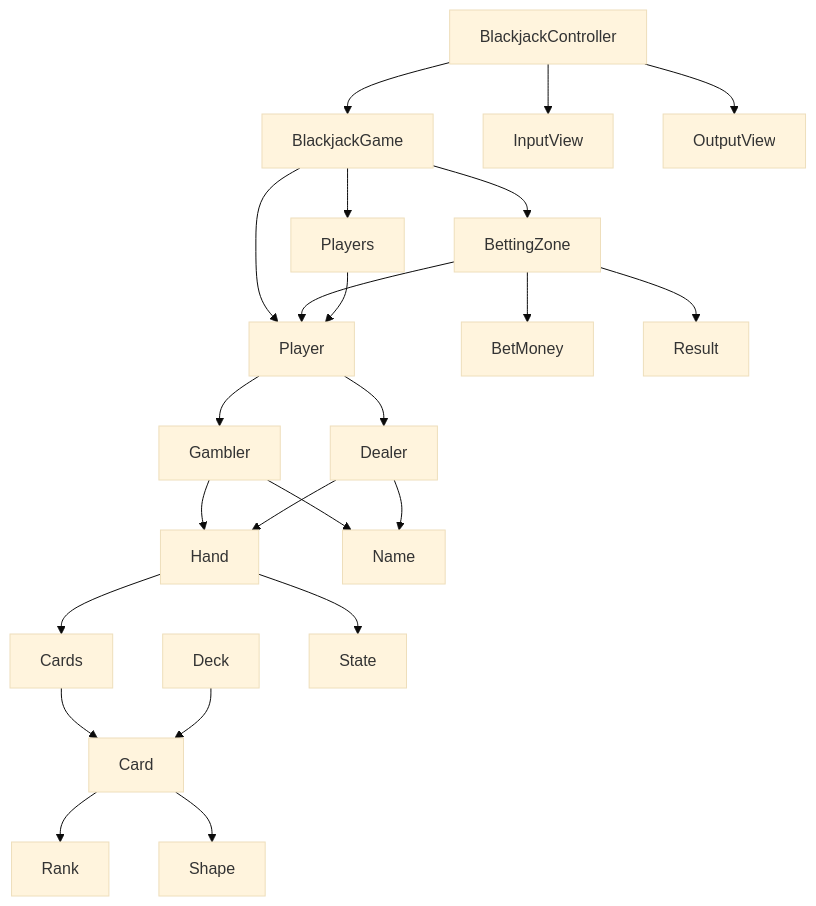
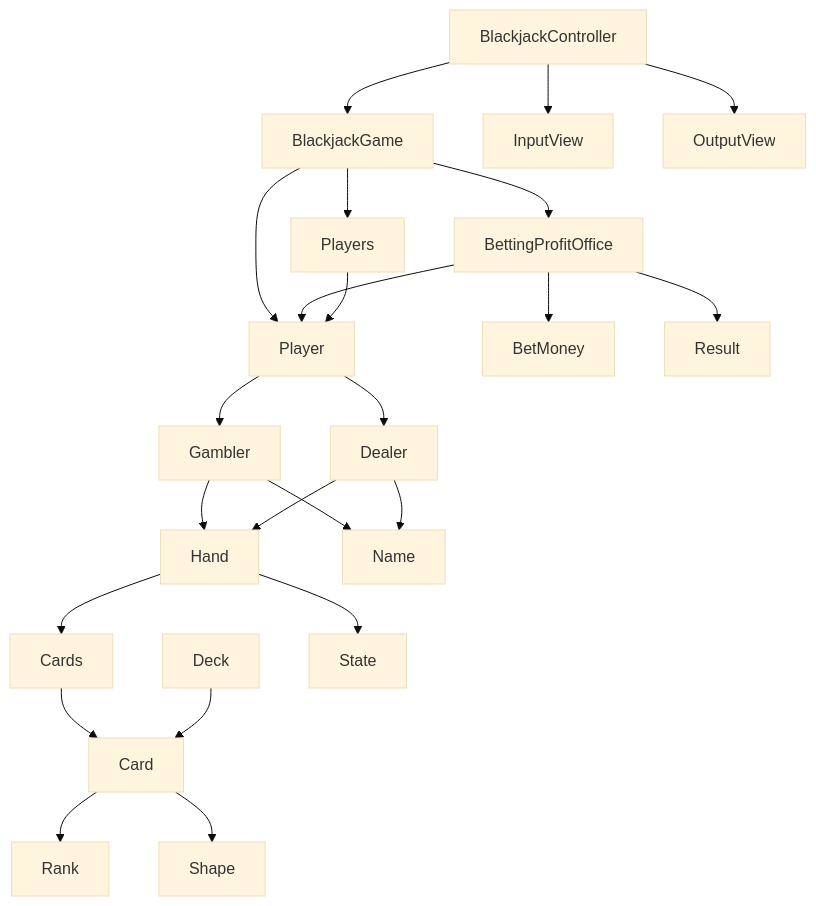
One commit to woowacourse/java-blackjack changed the diagram in README.md. Above: the diagram before and after it, drawn with Mermaid (base theme). The commit also changed 5 other files, not shown here.

Commit message:
refactor: BettingZone 클래스 이름을 BettingProfitOffice로 수정

````diff
--- a/README.md
+++ b/README.md
@@ -11,32 +11,32 @@
 ```mermaid
 flowchart
     Card --> Rank
     Card --> Shape
 
     Cards --> Card
 
     Deck --> Card
 
-    BlackjackGame --> BettingZone
+    BlackjackGame --> BettingProfitOffice
     BlackjackGame --> Player
 
-    BettingZone --> Player
-    BettingZone --> BetMoney
-    BettingZone --> Result
+    BettingProfitOffice --> Player
+    BettingProfitOffice --> BetMoney
+    BettingProfitOffice --> Result
 
     BlackjackController --> BlackjackGame
     BlackjackController --> InputView
     BlackjackController --> OutputView
 
     Players --> Player
     Player --> Gambler --> Hand
     Player --> Dealer --> Hand
 
     Hand --> Cards
     Hand --> State
 
     Gambler --> Name
     Dealer --> Name
 
     BlackjackGame --> Players
 ```
````
